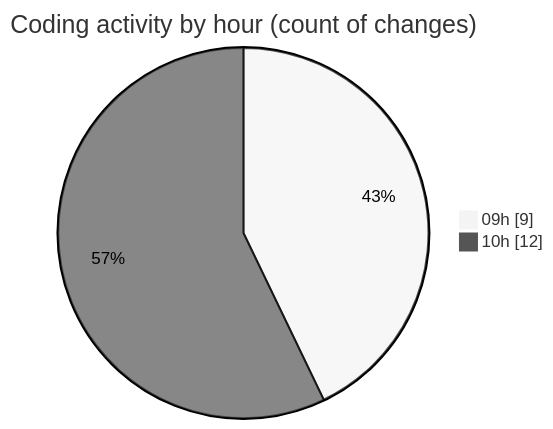
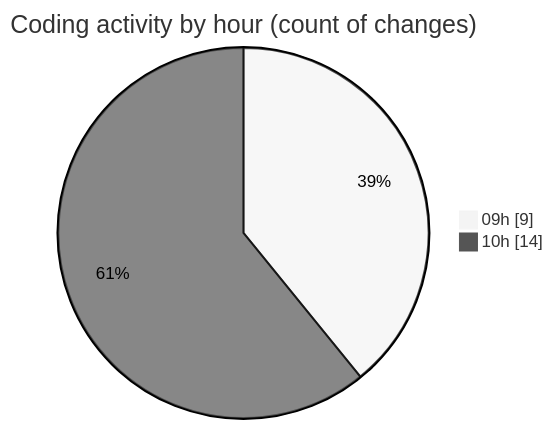
The second of 2 diagrams in 2025-03-04/termonied_testador/README.md (robertbonfada/code-tracking), drawn with Mermaid (neutral theme) before and after one commit. The commit also changed other lines of this file and 1 other file, not shown here.

````diff
--- a/2025-03-04/termonied_testador/README.md
+++ b/2025-03-04/termonied_testador/README.md
@@ -31,6 +31,6 @@
 ```mermaid
 pie showData
 title Coding activity by hour (count of changes)
 "09h" : 9
-"10h" : 12
+"10h" : 14
 ```
````
